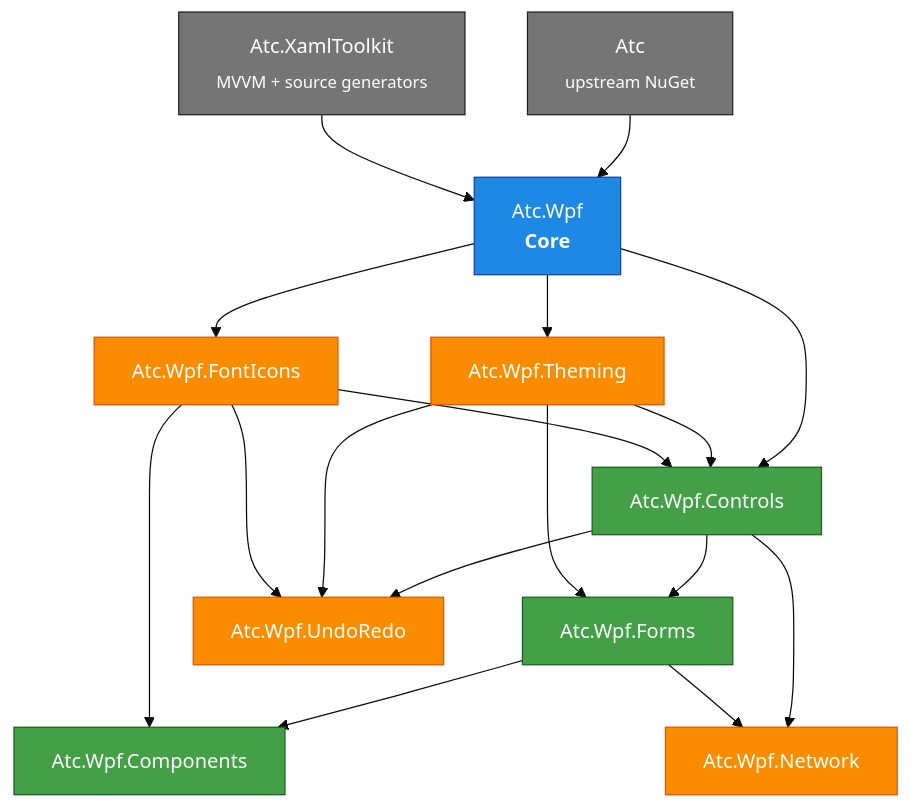
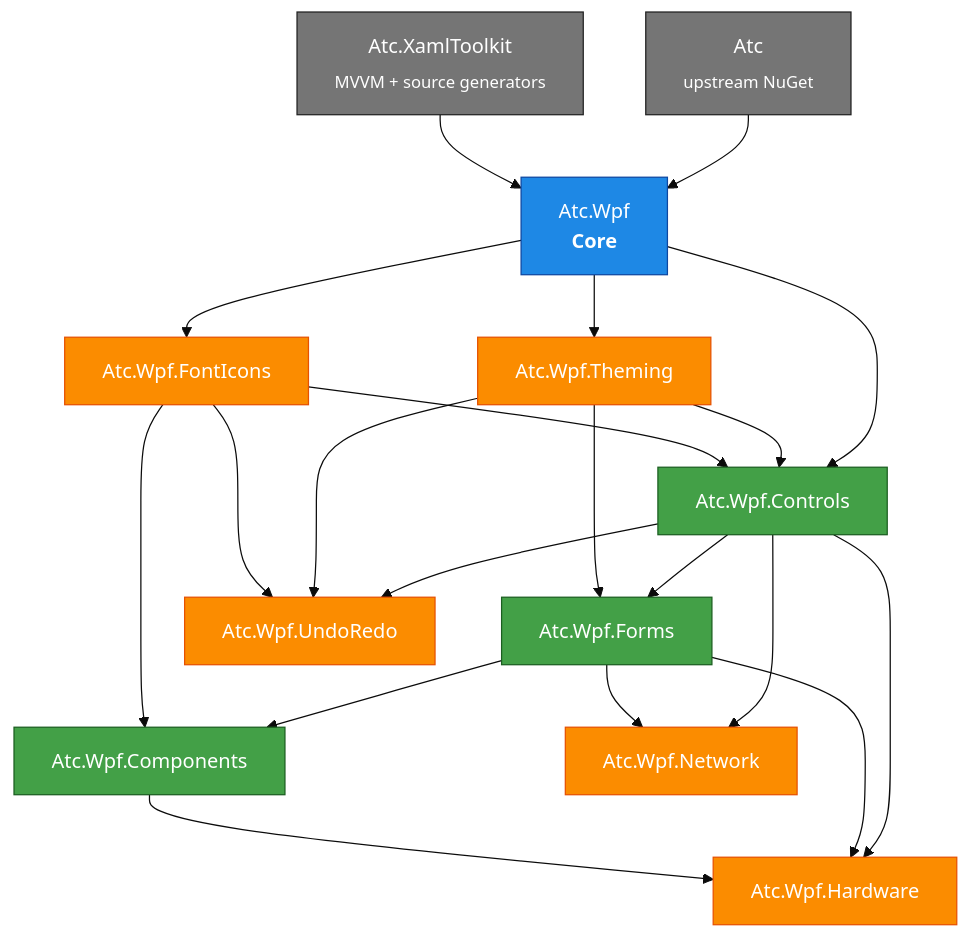
One commit to atc-net/atc-wpf changed the diagram in README.md. Above: the diagram before and after it, drawn with Mermaid (base theme). The commit also changed other lines of this file and 6 other files, not shown here.

First line of the commit message:
docs: document Atc.Wpf.Hardware and fix stale README content

````diff
--- a/README.md
+++ b/README.md
@@ -169,46 +179,51 @@
 ```mermaid
 graph TD
     Atc[Atc<br/><sub>upstream NuGet</sub>]
     XamlToolkit[Atc.XamlToolkit<br/><sub>MVVM + source generators</sub>]
 
     AtcWpf[Atc.Wpf<br/><b>Core</b>]
     Theming[Atc.Wpf.Theming]
     FontIcons[Atc.Wpf.FontIcons]
     Controls[Atc.Wpf.Controls]
     Forms[Atc.Wpf.Forms]
     Components[Atc.Wpf.Components]
 
     Network[Atc.Wpf.Network]
+    Hardware[Atc.Wpf.Hardware]
     UndoRedo[Atc.Wpf.UndoRedo]
 
     Atc --> AtcWpf
     XamlToolkit --> AtcWpf
 
     AtcWpf --> Theming
     AtcWpf --> FontIcons
     AtcWpf --> Controls
     Theming --> Controls
     FontIcons --> Controls
 
     Controls --> Forms
     Theming --> Forms
 
     Forms --> Components
     FontIcons --> Components
 
     Controls --> Network
     Forms --> Network
 
+    Controls --> Hardware
+    Forms --> Hardware
+    Components --> Hardware
+
     Controls --> UndoRedo
     Theming --> UndoRedo
     FontIcons --> UndoRedo
 
     classDef core fill:#1e88e5,stroke:#0d47a1,color:#fff
     classDef tier fill:#43a047,stroke:#1b5e20,color:#fff
     classDef side fill:#fb8c00,stroke:#e65100,color:#fff
     classDef ext fill:#757575,stroke:#212121,color:#fff
     class AtcWpf core
     class Controls,Forms,Components tier
-    class Theming,FontIcons,Network,UndoRedo side
+    class Theming,FontIcons,Network,Hardware,UndoRedo side
     class Atc,XamlToolkit ext
 ```
````
